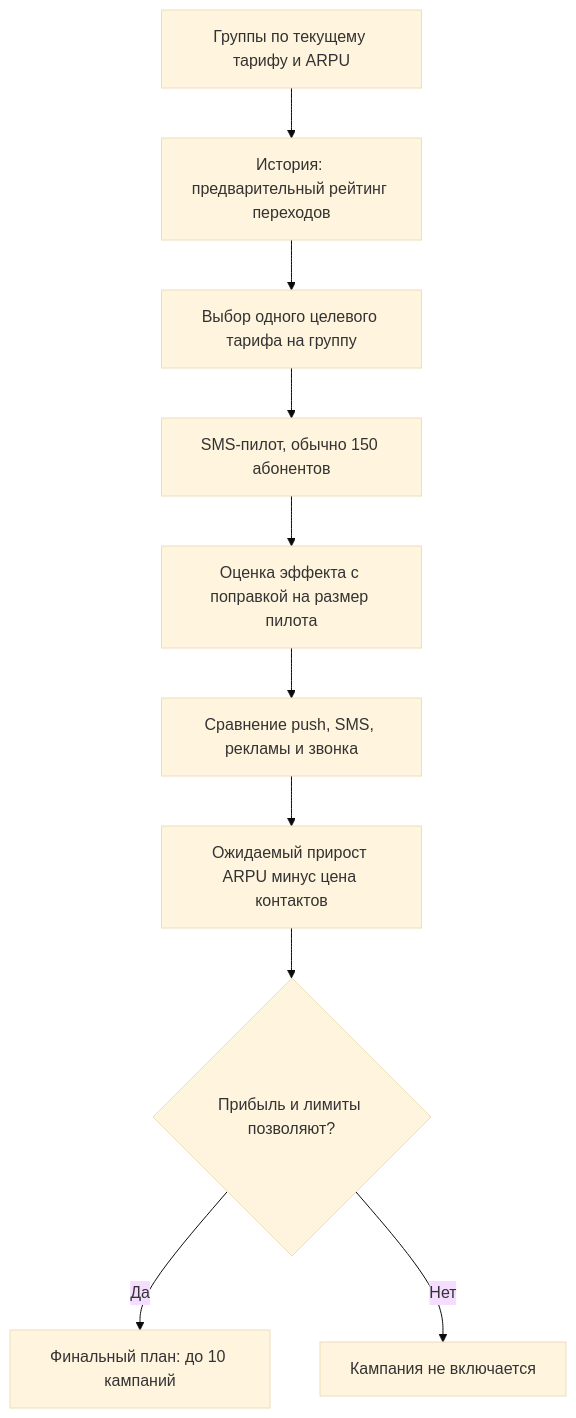
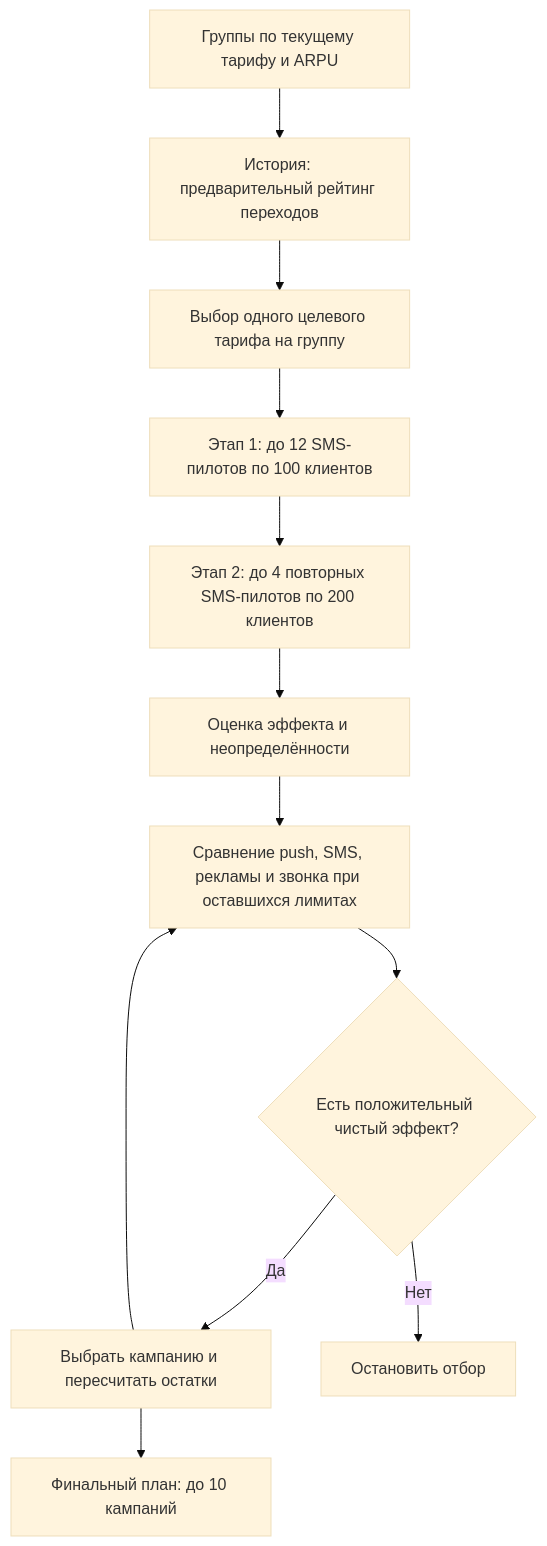
The second of 2 diagrams in README.md (BAITC-Hacks/hack-fb0999ac-enrique), drawn with Mermaid (base theme) before and after one commit. The commit also changed other lines of this file, not shown here.

````diff
--- a/README.md
+++ b/README.md
@@ -35,12 +35,14 @@
 ```mermaid
 flowchart TD
     A["Группы по текущему тарифу и ARPU"] --> B["История: предварительный рейтинг переходов"]
     B --> C["Выбор одного целевого тарифа на группу"]
-    C --> D["SMS-пилот, обычно 150 абонентов"]
-    D --> E["Оценка эффекта с поправкой на размер пилота"]
-    E --> F["Сравнение push, SMS, рекламы и звонка"]
-    F --> G["Ожидаемый прирост ARPU минус цена контактов"]
-    G --> H{"Прибыль и лимиты позволяют?"}
-    H -- "Да" --> I["Финальный план: до 10 кампаний"]
-    H -- "Нет" --> J["Кампания не включается"]
+    C --> D["Этап 1: до 12 SMS-пилотов по 100 клиентов"]
+    D --> E["Этап 2: до 4 повторных SMS-пилотов по 200 клиентов"]
+    E --> F["Оценка эффекта и неопределённости"]
+    F --> G["Сравнение push, SMS, рекламы и звонка при оставшихся лимитах"]
+    G --> H{"Есть положительный чистый эффект?"}
+    H -- "Да" --> I["Выбрать кампанию и пересчитать остатки"]
+    I --> G
+    I --> J["Финальный план: до 10 кампаний"]
+    H -- "Нет" --> K["Остановить отбор"]
 ```
````
